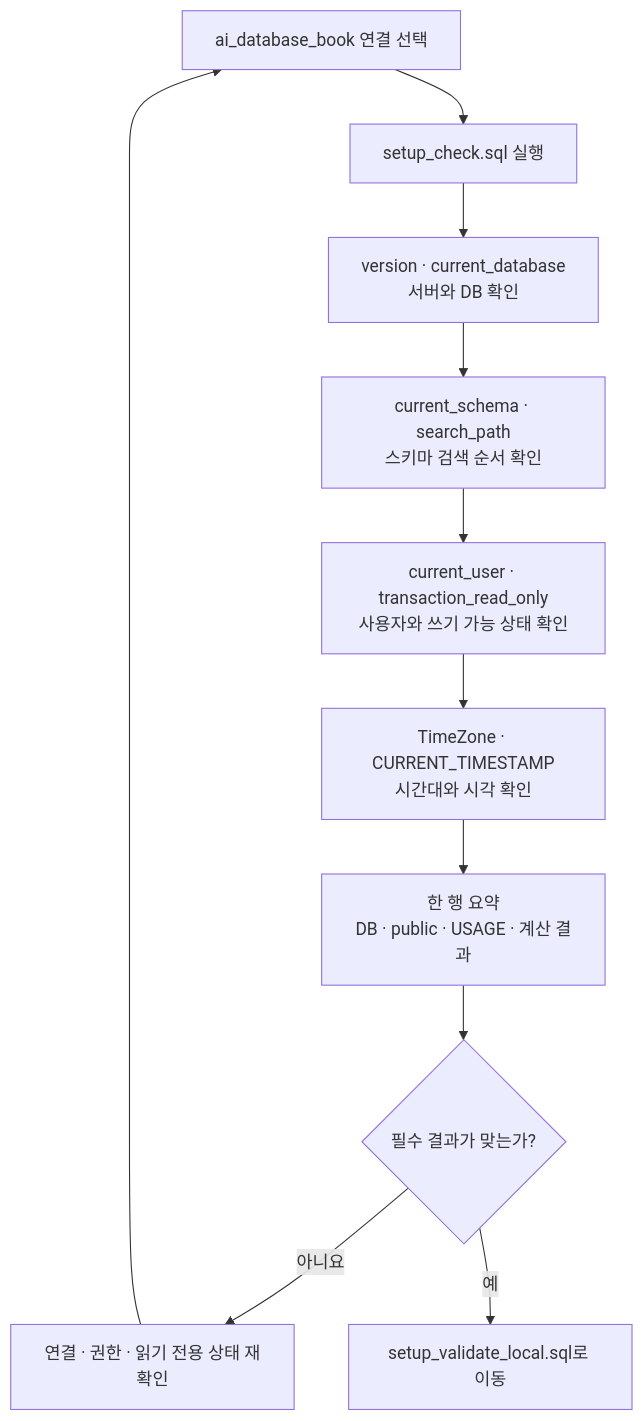
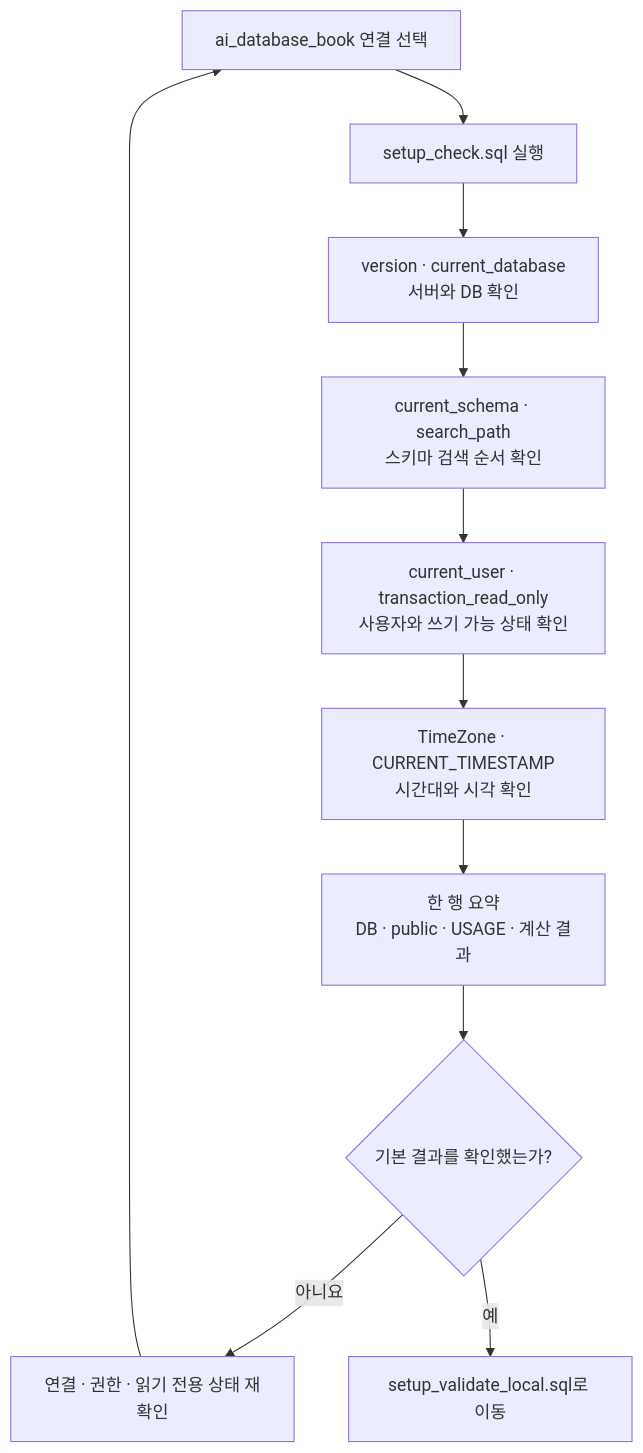
The diagram in images/chapter03/ch03_04_sql_execution_check_flow.mmd (GilbertMoon/ai-database-book), drawn with Mermaid before and after one commit.

Commit message:
갱신 Chapter 03 환경 확인 도식 원본

```diff
--- a/images/chapter03/ch03_04_sql_execution_check_flow.mmd
+++ b/images/chapter03/ch03_04_sql_execution_check_flow.mmd
@@ -1,14 +1,14 @@
 flowchart TD
     A[ai_database_book 연결 선택]
     B[setup_check.sql 실행]
     C[version · current_database<br/>서버와 DB 확인]
     D[current_schema · search_path<br/>스키마 검색 순서 확인]
     E[current_user · transaction_read_only<br/>사용자와 쓰기 가능 상태 확인]
     F[TimeZone · CURRENT_TIMESTAMP<br/>시간대와 시각 확인]
     G[한 행 요약<br/>DB · public · USAGE · 계산 결과]
-    H{필수 결과가 맞는가?}
+    H{기본 결과를 확인했는가?}
     I[연결 · 권한 · 읽기 전용 상태 재확인]
     J[setup_validate_local.sql로 이동]
     A --> B --> C --> D --> E --> F --> G --> H
     H -- 아니요 --> I --> A
     H -- 예 --> J
```
